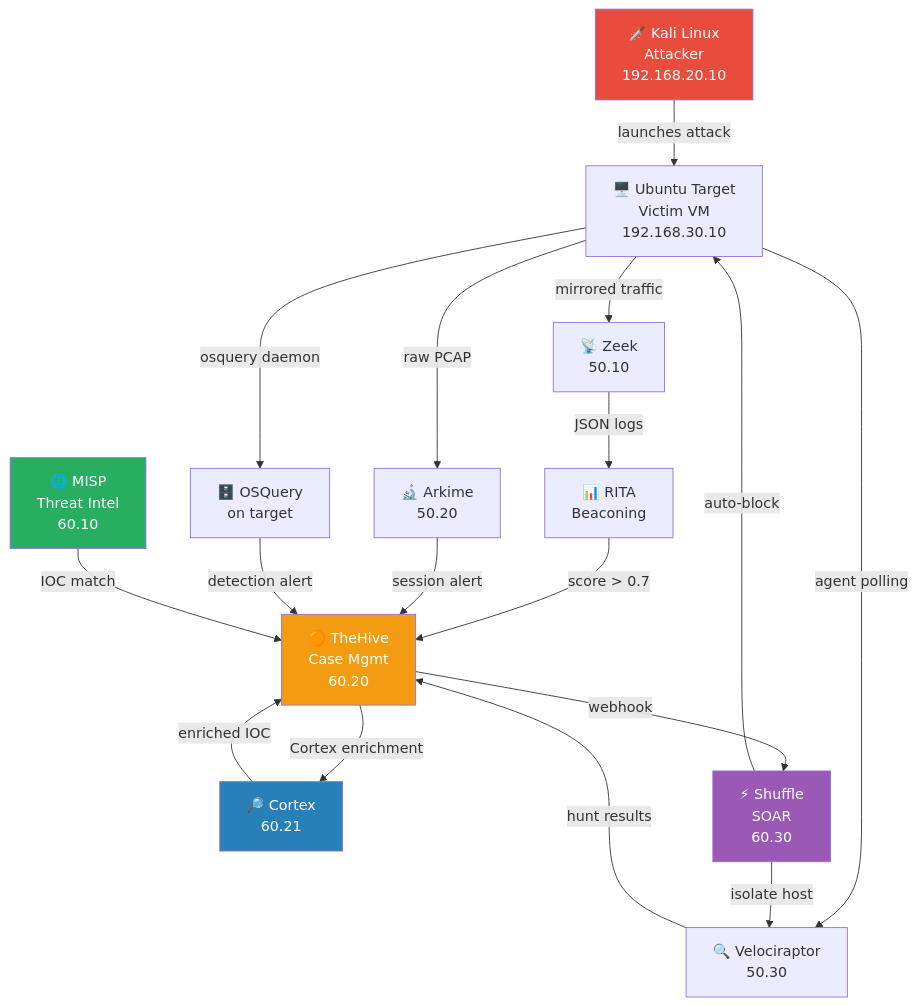
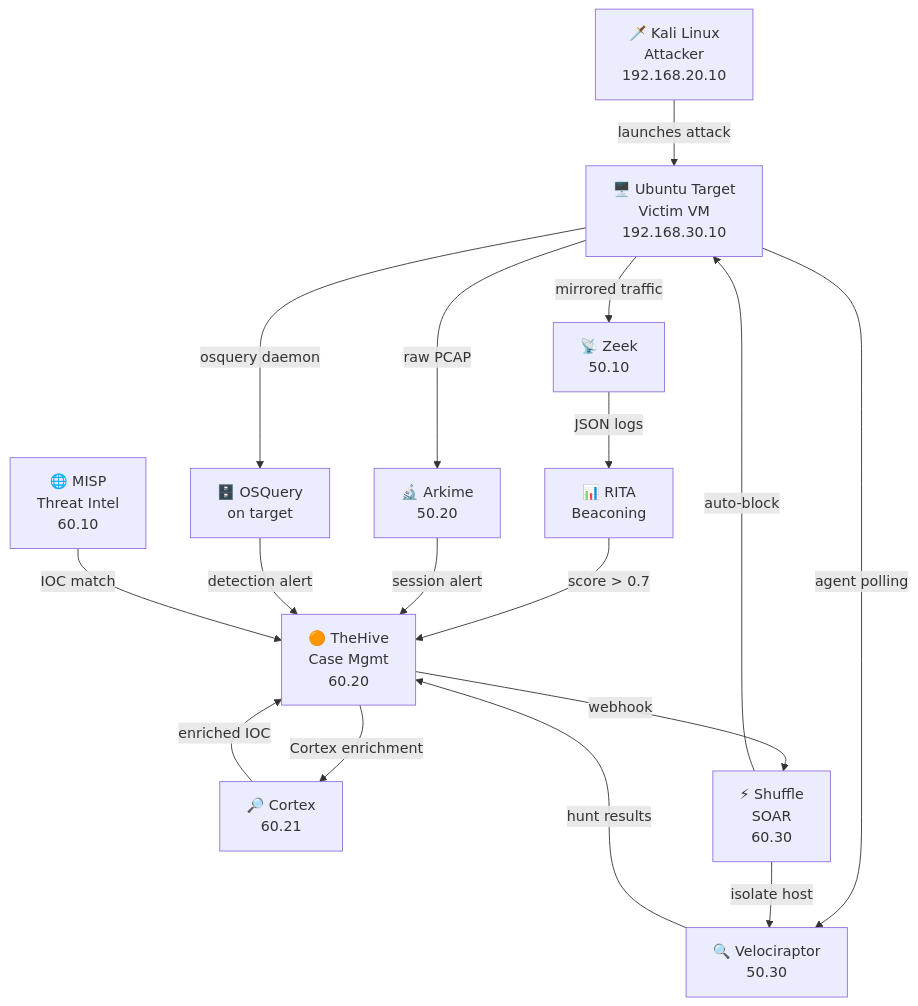
One commit to sandeepmothukuri/soc-threat-hunting-lab changed the diagram in README.md. Above: the diagram before and after it, drawn with Mermaid. The commit also changed other lines of this file, not shown here.

````diff
--- a/README.md
+++ b/README.md
@@ -17,31 +11,21 @@
 ```mermaid
 flowchart TD
     ATK["🗡️ Kali Linux\nAttacker\n192.168.20.10"]
     TGT["🖥️ Ubuntu Target\nVictim VM\n192.168.30.10"]
-
     ATK -->|launches attack| TGT
-
     TGT -->|mirrored traffic| Z["📡 Zeek\n50.10"]
     TGT -->|raw PCAP| AR["🔬 Arkime\n50.20"]
     TGT -->|agent polling| VR["🔍 Velociraptor\n50.30"]
     TGT -->|osquery daemon| OS["🗄️ OSQuery\non target"]
-
     Z -->|JSON logs| RI["📊 RITA\nBeaconing"]
-    RI -->|score > 0.7| TH
+    RI -->|score > 0.7| TH["🟠 TheHive\nCase Mgmt\n60.20"]
     AR -->|session alert| TH
     VR -->|hunt results| TH
     OS -->|detection alert| TH
-
-    MI["🌐 MISP\nThreat Intel\n60.10"] -->|IOC match| TH["🟠 TheHive\nCase Mgmt\n60.20"]
+    MI["🌐 MISP\nThreat Intel\n60.10"] -->|IOC match| TH
     TH -->|Cortex enrichment| CO["🔎 Cortex\n60.21"]
     CO -->|enriched IOC| TH
     TH -->|webhook| SH["⚡ Shuffle\nSOAR\n60.30"]
     SH -->|auto-block| TGT
     SH -->|isolate host| VR
-
-    style ATK fill:#e74c3c,color:#fff
-    style TH  fill:#f39c12,color:#fff
-    style SH  fill:#9b59b6,color:#fff
-    style MI  fill:#27ae60,color:#fff
-    style CO  fill:#2980b9,color:#fff
 ```
````
